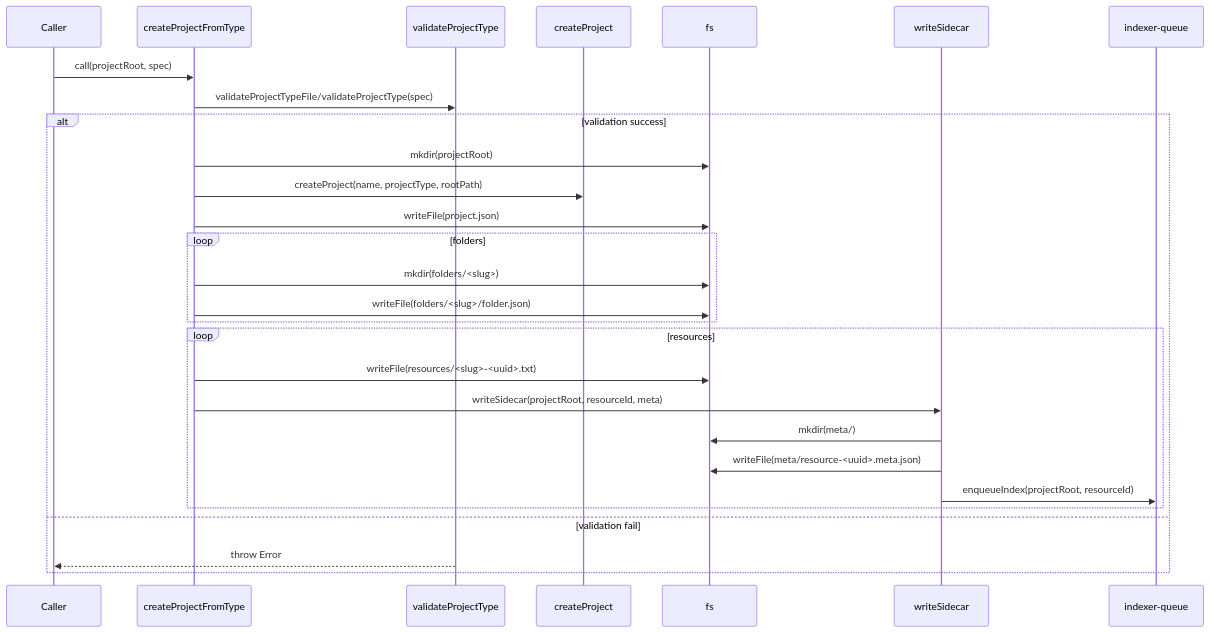
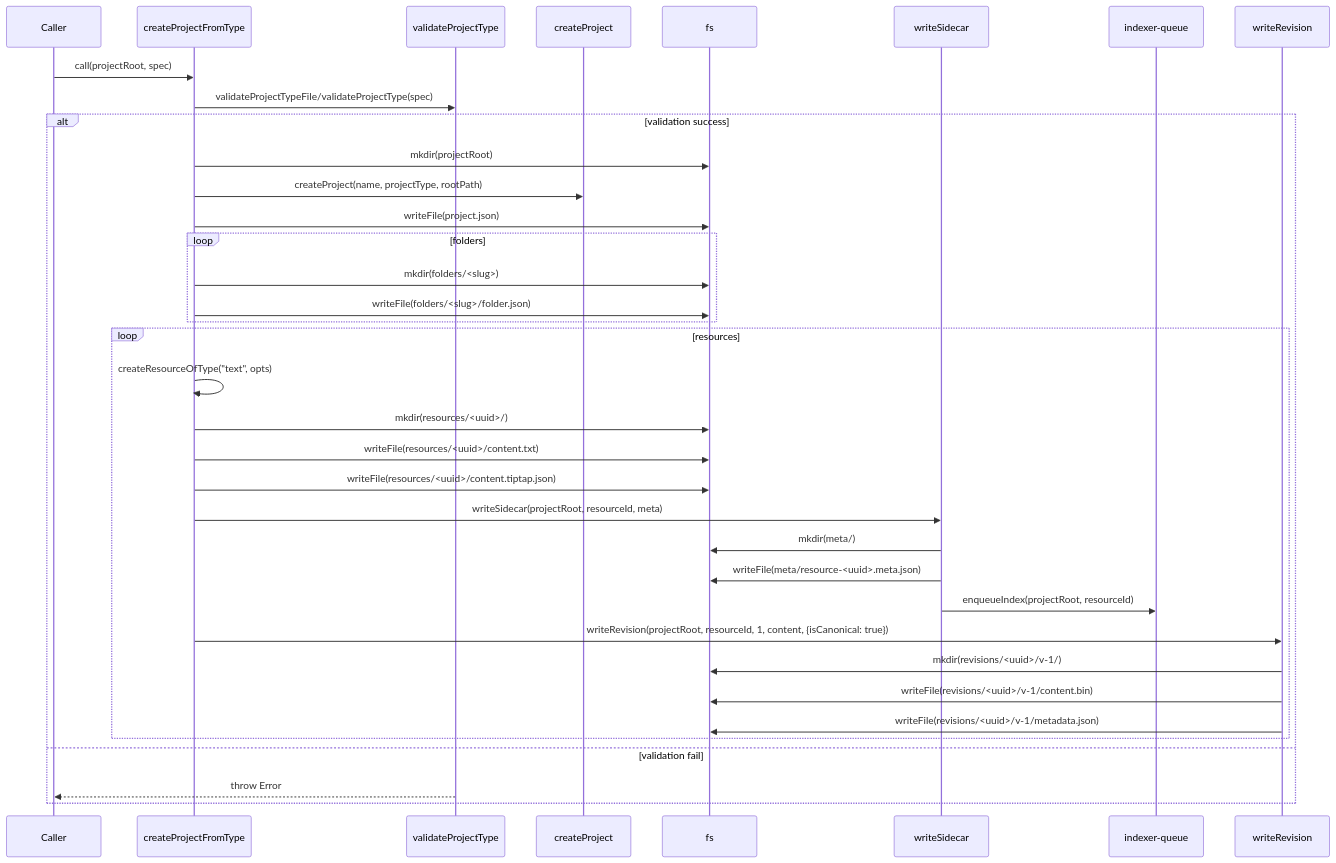
One commit to saboteur-works/getwrite changed the diagram in docs/features/data/projects.md. Above: the diagram before and after it, drawn with Mermaid. The commit also changed other lines of this file and 17 other files, not shown here.

````diff
--- a/docs/features/data/projects.md
+++ b/docs/features/data/projects.md
@@ -114,31 +130,39 @@
 ```mermaid
 sequenceDiagram
     participant Caller
     participant PC as createProjectFromType
     participant V as validateProjectType
     participant CP as createProject
     participant FS as fs
     participant SD as writeSidecar
     participant IDX as indexer-queue
+    participant WR as writeRevision
 
     Caller->>PC: call(projectRoot, spec)
     PC->>V: validateProjectTypeFile/validateProjectType(spec)
     alt validation success
         PC->>FS: mkdir(projectRoot)
         PC->>CP: createProject(name, projectType, rootPath)
         PC->>FS: writeFile(project.json)
         loop folders
             PC->>FS: mkdir(folders/<slug>)
             PC->>FS: writeFile(folders/<slug>/folder.json)
         end
         loop resources
-            PC->>FS: writeFile(resources/<slug>-<uuid>.txt)
+            PC->>PC: createResourceOfType("text", opts)
+            PC->>FS: mkdir(resources/<uuid>/)
+            PC->>FS: writeFile(resources/<uuid>/content.txt)
+            PC->>FS: writeFile(resources/<uuid>/content.tiptap.json)
             PC->>SD: writeSidecar(projectRoot, resourceId, meta)
             SD->>FS: mkdir(meta/)
             SD->>FS: writeFile(meta/resource-<uuid>.meta.json)
             SD->>IDX: enqueueIndex(projectRoot, resourceId)
+            PC->>WR: writeRevision(projectRoot, resourceId, 1, content, {isCanonical: true})
+            WR->>FS: mkdir(revisions/<uuid>/v-1/)
+            WR->>FS: writeFile(revisions/<uuid>/v-1/content.bin)
+            WR->>FS: writeFile(revisions/<uuid>/v-1/metadata.json)
         end
     else validation fail
         V-->>Caller: throw Error
     end
 ```
````
